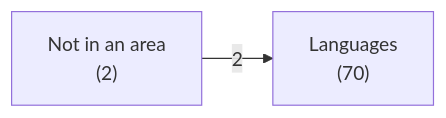
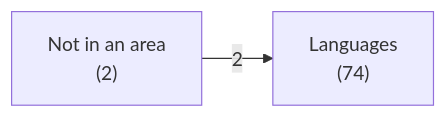
Before and after one commit to ruudkoot/rune: the first of 3 diagrams in docs/lib/language/haskell/depends.md, drawn with Mermaid. The commit also changed other lines of this file and 83 other files, not shown here.

````diff
--- a/docs/lib/language/haskell/depends.md
+++ b/docs/lib/language/haskell/depends.md
@@ -24,6 +24,6 @@
 ```mermaid
 flowchart LR
-  a0["Languages<br>(70)"]
+  a0["Languages<br>(74)"]
   a1["Not in an area<br>(2)"]
   a1 -- 2 --> a0
 ```
````
